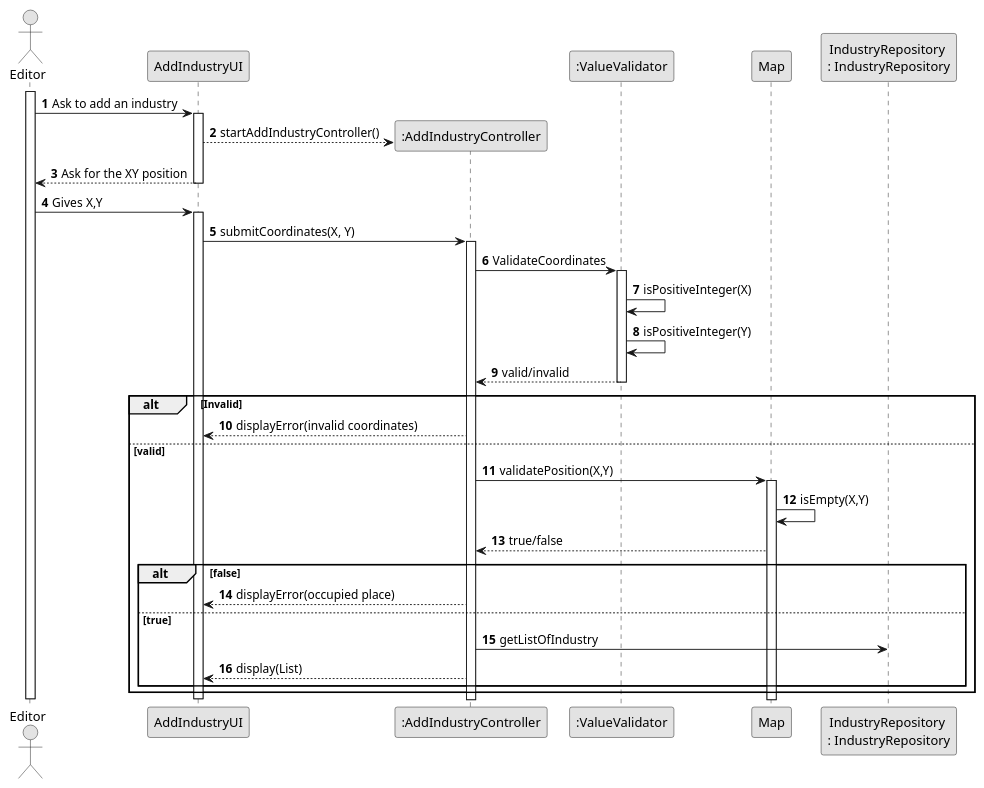
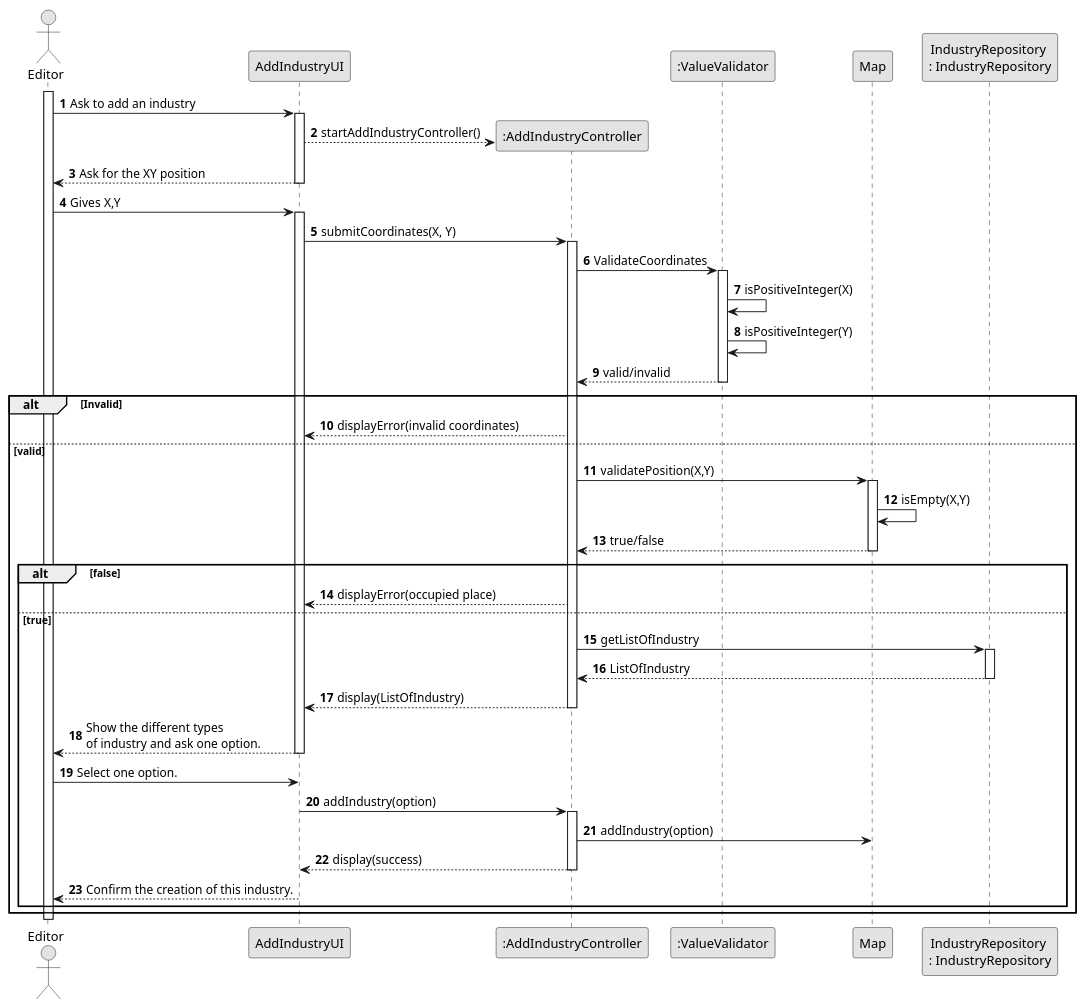
The diagram in docs/system-documentation/US002/03.design/puml/US002-SD-full.puml (1240826/empire-on-tracks), drawn with PlantUML before and after one commit.

```diff
--- a/docs/system-documentation/US002/03.design/puml/US002-SD-full.puml
+++ b/docs/system-documentation/US002/03.design/puml/US002-SD-full.puml
@@ -1,58 +1,70 @@
 @startuml
 skinparam monochrome true
 skinparam packageStyle rectangle
 skinparam shadowing false
 
 autonumber
 
 actor "Editor" as Editor
 participant "AddIndustryUI" as UI
 participant ":AddIndustryController" as Controller
 participant ":ValueValidator" as Validator
 participant "Map" as Map
 participant "IndustryRepository \n: IndustryRepository" as Repository
 
 activate Editor
 
 Editor -> UI : Ask to add an industry
 activate UI
 UI --> Controller**: startAddIndustryController()
 
 
 UI --> Editor : Ask for the XY position
 deactivate UI
 
 Editor -> UI : Gives X,Y
 activate UI
 UI -> Controller : submitCoordinates(X, Y)
 
 activate Controller
 Controller->Validator:ValidateCoordinates
 activate Validator
 Validator->Validator:isPositiveInteger(X)
 Validator->Validator:isPositiveInteger(Y)
 Validator-->Controller:valid/invalid
 deactivate Validator
 alt Invalid
 Controller-->UI: displayError(invalid coordinates)
 else valid
 Controller->Map:validatePosition(X,Y)
 activate Map
 Map->Map:isEmpty(X,Y)
 Map-->Controller:true/false
+deactivate Map
 alt false
 Controller-->UI: displayError(occupied place)
 else true
 Controller->Repository:getListOfIndustry
-Controller-->UI: display(List)
+activate Repository
+Repository-->Controller:ListOfIndustry
+deactivate Repository
+Controller-->UI: display(ListOfIndustry)
+deactivate Controller
+UI-->Editor:Show the different types \nof industry and ask one option.
+deactivate UI
+Editor->UI:Select one option.
+UI->Controller: addIndustry(option)
+activate Controller
+Controller->Map: addIndustry(option)
+Controller-->UI: display(success)
+deactivate Controller
+UI-->Editor:Confirm the creation of this industry.
+deactivate UI
+
 
 end
 end
 
 
-
-    deactivate UI
-
-
 deactivate Editor
 @enduml
```
